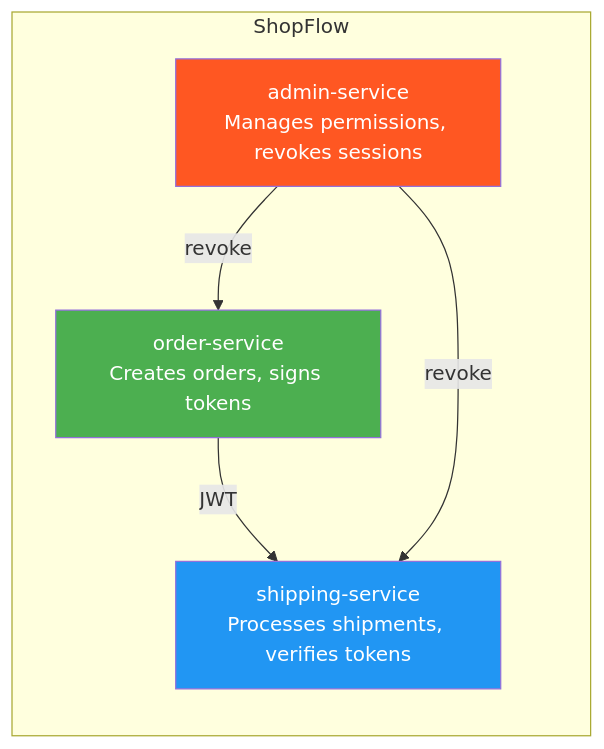
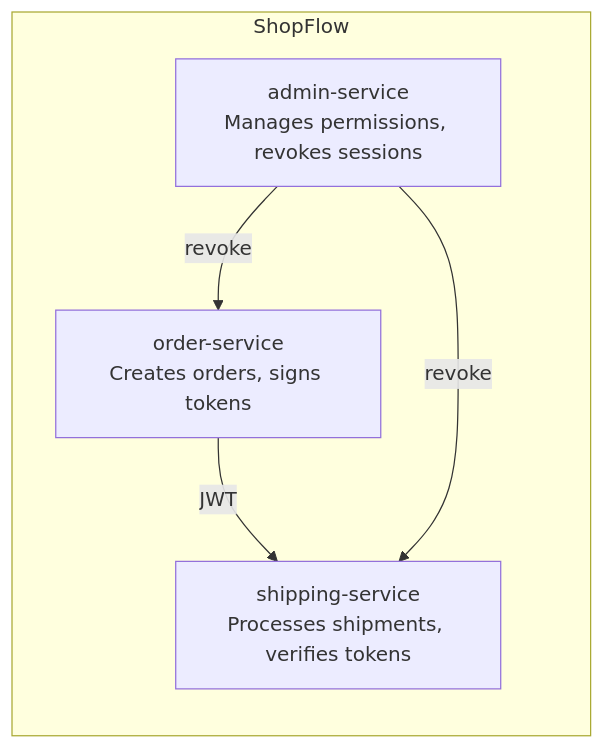
Before and after one commit to cyfko/veridot: the second of 7 diagrams in docs/docs/learn/the-problem.md, drawn with Mermaid. The commit also changed other lines of this file and 25 other files, not shown here.

First line of the commit message:
style: remove colorful fill styles from Mermaid diagrams

````diff
--- a/docs/docs/learn/the-problem.md
+++ b/docs/docs/learn/the-problem.md
@@ -56,16 +52,13 @@
 ```mermaid
 graph LR
     subgraph "ShopFlow"
         OS["order-service<br/>Creates orders, signs tokens"]
         SS["shipping-service<br/>Processes shipments, verifies tokens"]
         AS["admin-service<br/>Manages permissions, revokes sessions"]
     end
 
     OS -->|"JWT"| SS
     AS -->|"revoke"| OS
     AS -->|"revoke"| SS
 
-    style OS fill:#4caf50,color:#fff
-    style SS fill:#2196f3,color:#fff
-    style AS fill:#ff5722,color:#fff
 ```
````
